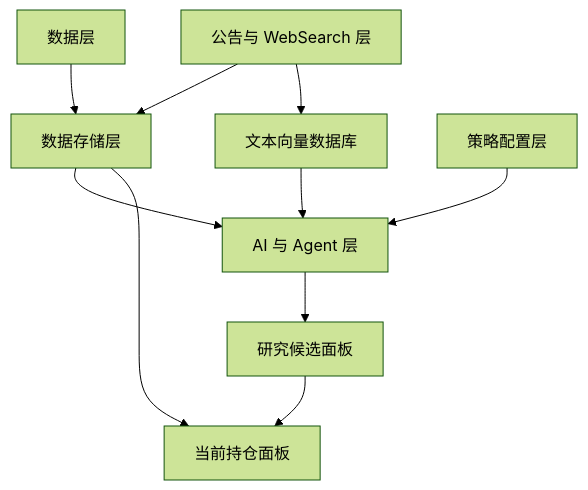
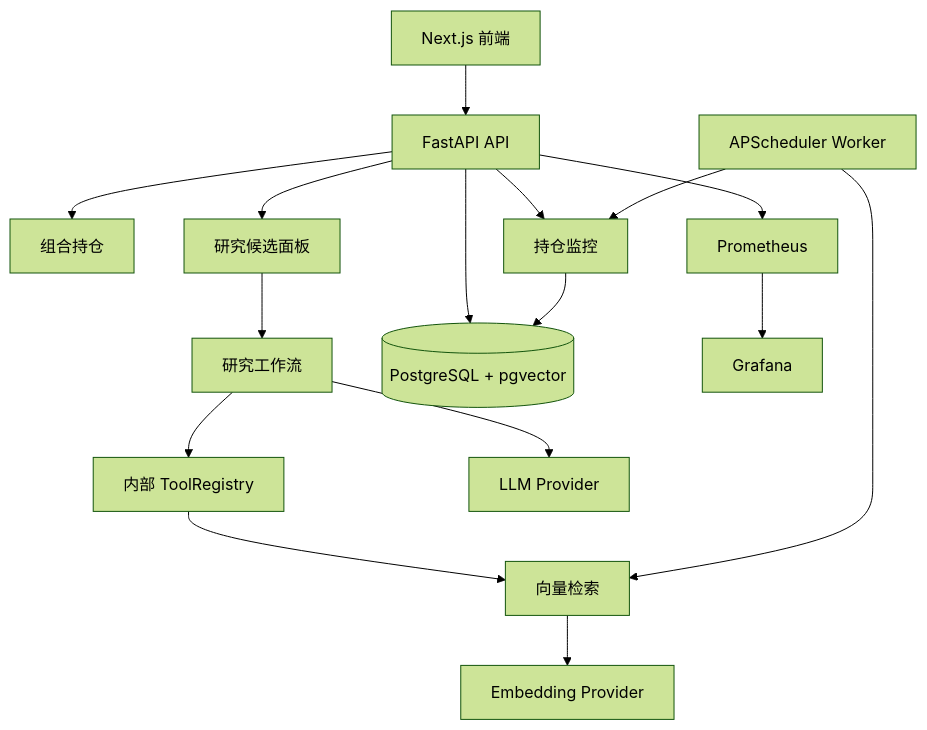
Before and after one commit to RickyW0529/Margin: the diagram in README.zh-CN.md, drawn with Mermaid (forest theme). The commit also changed other lines of this file and 171 other files, not shown here.

````diff
--- a/README.zh-CN.md
+++ b/README.zh-CN.md
@@ -61,21 +44,18 @@
 ```mermaid
 flowchart TB
-    L1[数据层]
-    L2[数据存储层]
-    L3[公告与 WebSearch 层]
-    L4[文本向量数据库]
-    L5[AI 与 Agent 层]
-    L6[策略配置层]
-    L7[研究候选面板]
-    L8[当前持仓面板]
-
-    L1 --> L2
-    L3 --> L2
-    L3 --> L4
-    L2 --> L5
-    L4 --> L5
-    L6 --> L5
-    L5 --> L7
-    L7 --> L8
-    L2 --> L8
+    Web[Next.js 前端] --> API[FastAPI API]
+    API --> Portfolio[组合持仓]
+    API --> Dashboard[研究候选面板]
+    API --> Monitoring[持仓监控]
+    Dashboard --> Research[研究工作流]
+    Research --> Tools[内部 ToolRegistry]
+    Tools --> Retrieval[向量检索]
+    Research --> LLM[LLM Provider]
+    Retrieval --> Embedding[Embedding Provider]
+    API --> PG[(PostgreSQL + pgvector)]
+    Monitoring --> PG
+    Worker[APScheduler Worker] --> Monitoring
+    Worker --> Retrieval
+    API --> Prometheus[Prometheus]
+    Prometheus --> Grafana[Grafana]
 ```
````
